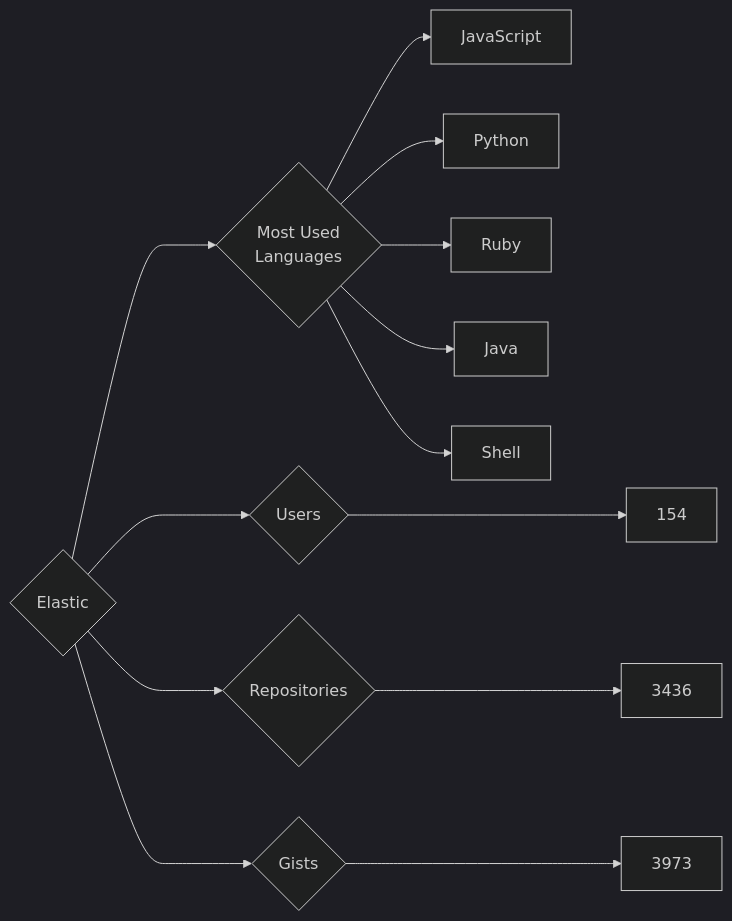
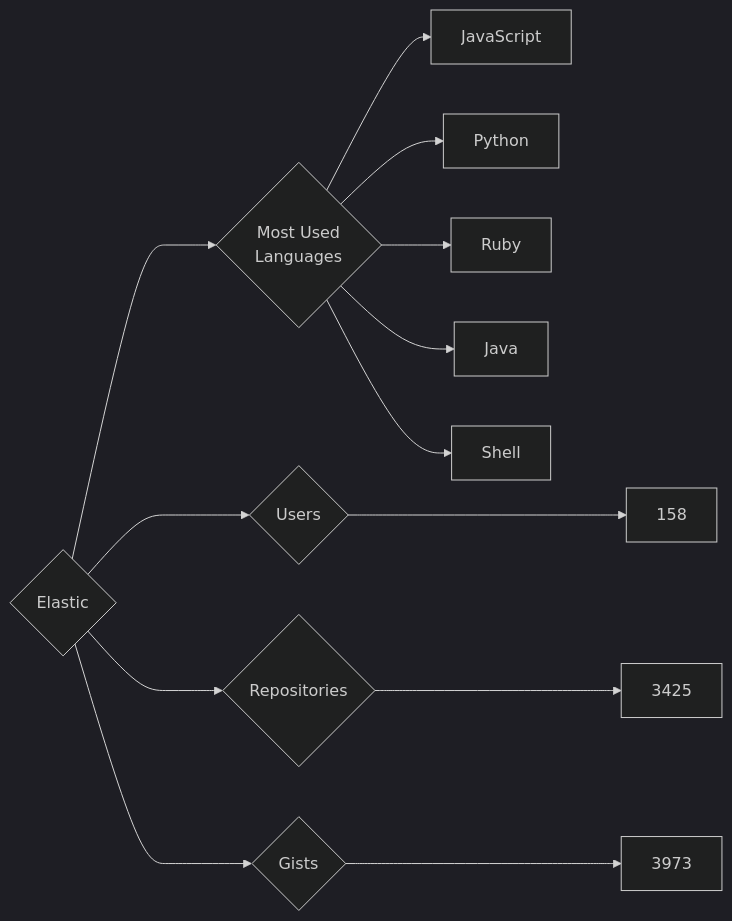
One commit to trickest/insiders changed the diagram in targets/Elastic/README.md. Above: the diagram before and after it, drawn with Mermaid (dark theme). The commit also changed 657 other files, not shown here.

````diff
--- a/targets/Elastic/README.md
+++ b/targets/Elastic/README.md
@@ -3,13 +3,13 @@
 ```mermaid
 graph LR
 COMPANY_NAME{Elastic}
-COMPANY_NAME ---> U{Users} ---> UN[154]
-COMPANY_NAME ---> R{Repositories} ---> RN[3436]
+COMPANY_NAME ---> U{Users} ---> UN[158]
+COMPANY_NAME ---> R{Repositories} ---> RN[3425]
 COMPANY_NAME ---> G{Gists} ---> GN[3973]
 COMPANY_NAME ---> ML{Most Used<br>Languages}
 ML --> JavaScript[JavaScript]
 ML --> Python[Python]
 ML --> Ruby[Ruby]
 ML --> Java[Java]
 ML --> Shell[Shell]
 ```
````
